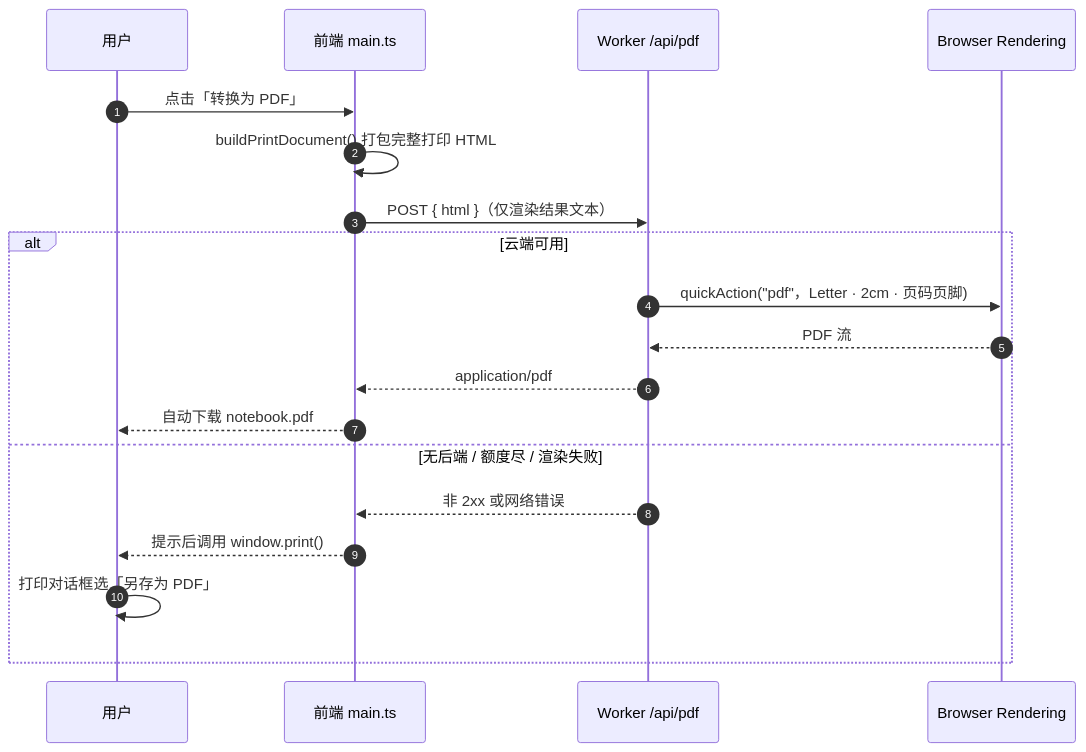
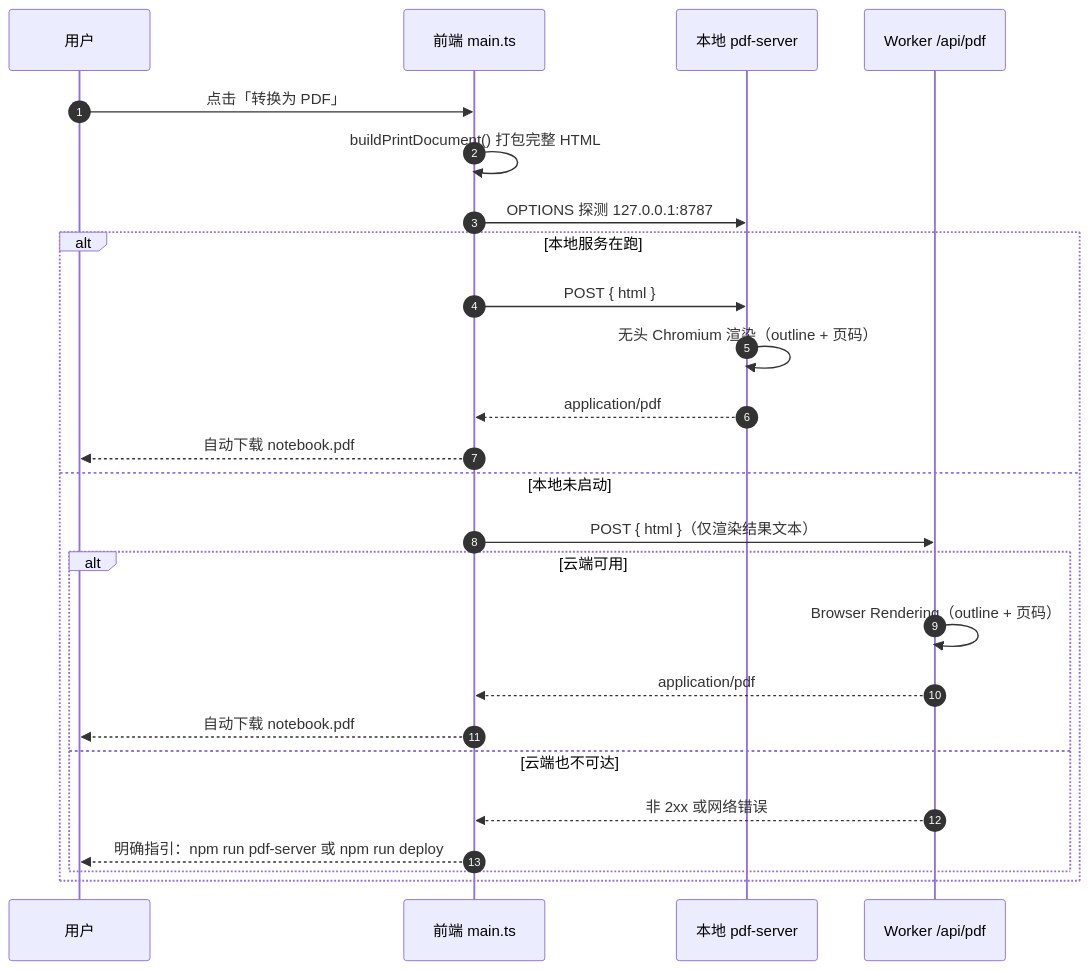
The second of 2 diagrams in README.md (WeatherCore/ipynb-to-pdf), drawn with Mermaid before and after one commit. The commit also changed other lines of this file, not shown here.

````diff
--- a/README.md
+++ b/README.md
@@ -80,21 +84,27 @@
 ```mermaid
 sequenceDiagram
     autonumber
     participant U as 用户
     participant F as 前端 main.ts
+    participant L as 本地 pdf-server
     participant W as Worker /api/pdf
-    participant B as Browser Rendering
     U->>F: 点击「转换为 PDF」
-    F->>F: buildPrintDocument() 打包完整打印 HTML
-    F->>W: POST { html }（仅渲染结果文本）
-    alt 云端可用
-        W->>B: quickAction("pdf"，Letter · 2cm · 页码页脚)
-        B-->>W: PDF 流
-        W-->>F: application/pdf
+    F->>F: buildPrintDocument() 打包完整 HTML
+    F->>L: OPTIONS 探测 127.0.0.1:8787
+    alt 本地服务在跑
+        F->>L: POST { html }
+        L->>L: 无头 Chromium 渲染（outline + 页码）
+        L-->>F: application/pdf
         F-->>U: 自动下载 notebook.pdf
-    else 无后端 / 额度尽 / 渲染失败
-        W-->>F: 非 2xx 或网络错误
-        F-->>U: 提示后调用 window.print()
-        U->>U: 打印对话框选「另存为 PDF」
+    else 本地未启动
+        F->>W: POST { html }（仅渲染结果文本）
+        alt 云端可用
+            W->>W: Browser Rendering（outline + 页码）
+            W-->>F: application/pdf
+            F-->>U: 自动下载 notebook.pdf
+        else 云端也不可达
+            W-->>F: 非 2xx 或网络错误
+            F-->>U: 明确指引：npm run pdf-server 或 npm run deploy
+        end
     end
 ```
````
